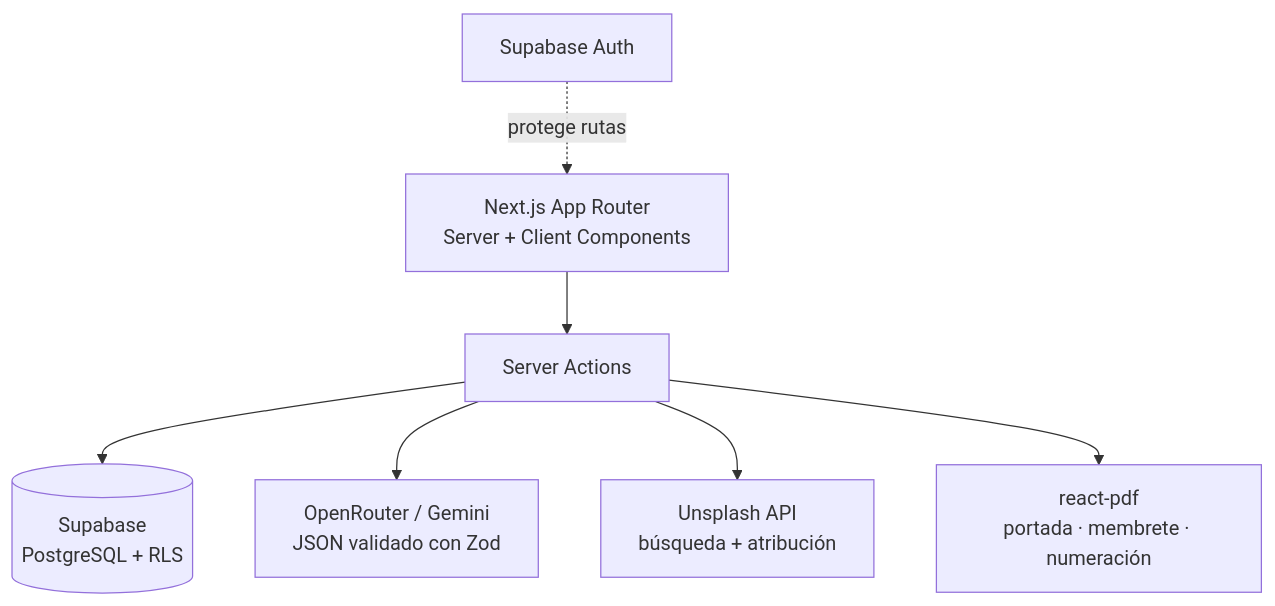
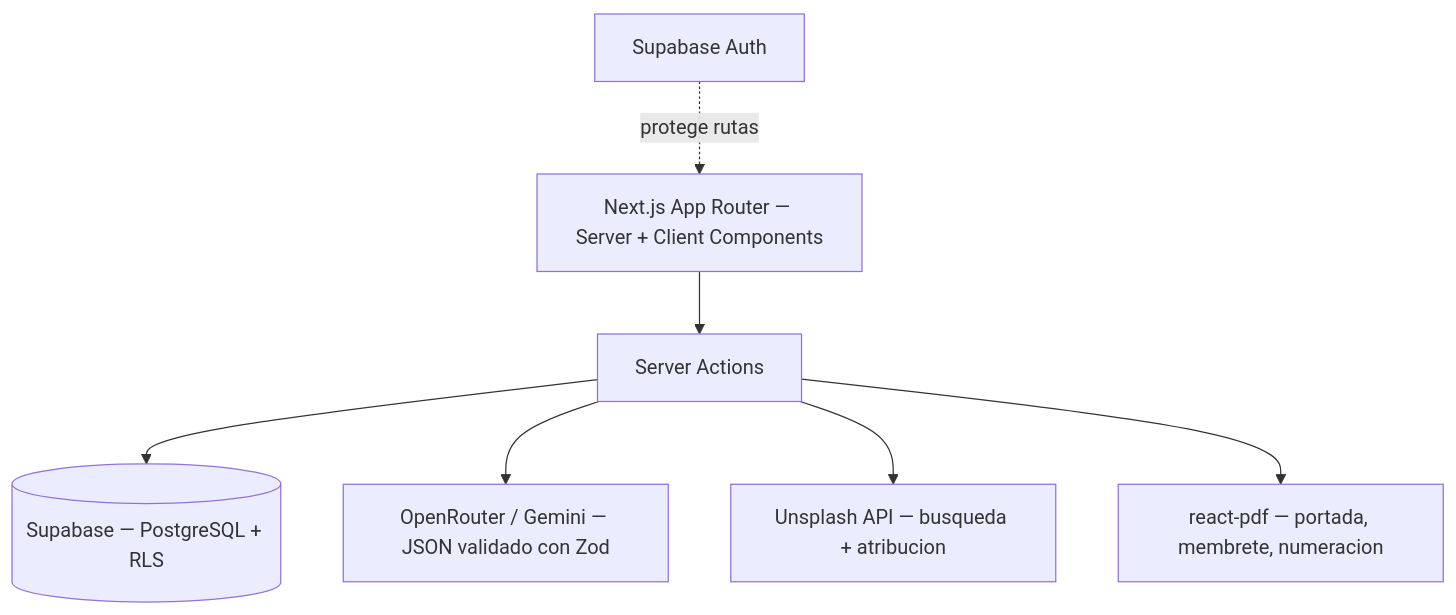
The second of 2 diagrams in README.md (alfonso-rdz-per/travel-itinerary-generator), drawn with Mermaid before and after one commit. The commit also changed other lines of this file, not shown here.

Commit message:
docs: quote mermaid labels for reliable rendering
Claude-Session: https://claude.ai/code/session_013sxU3KqvWoxDakrCnHuhi9

````diff
--- a/README.md
+++ b/README.md
@@ -85,11 +85,11 @@
 ```mermaid
 flowchart TD
-    UI[Next.js App Router<br/>Server + Client Components]
+    UI["Next.js App Router — Server + Client Components"]
     SA[Server Actions]
     UI --> SA
-    SA --> DB[(Supabase<br/>PostgreSQL + RLS)]
-    SA --> AI[OpenRouter / Gemini<br/>JSON validado con Zod]
-    SA --> IMG[Unsplash API<br/>búsqueda + atribución]
-    SA --> PDF[react-pdf<br/>portada · membrete · numeración]
-    AUTH[Supabase Auth] -.protege rutas.-> UI
+    SA --> DB[("Supabase — PostgreSQL + RLS")]
+    SA --> AI["OpenRouter / Gemini — JSON validado con Zod"]
+    SA --> IMG["Unsplash API — busqueda + atribucion"]
+    SA --> PDF["react-pdf — portada, membrete, numeracion"]
+    AUTH["Supabase Auth"] -.protege rutas.-> UI
 ```
````
